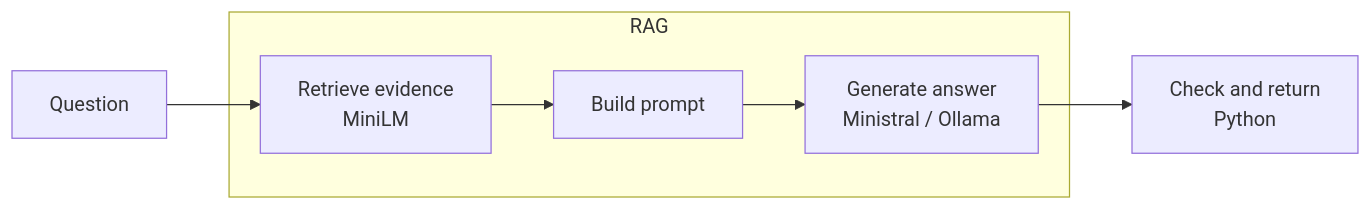
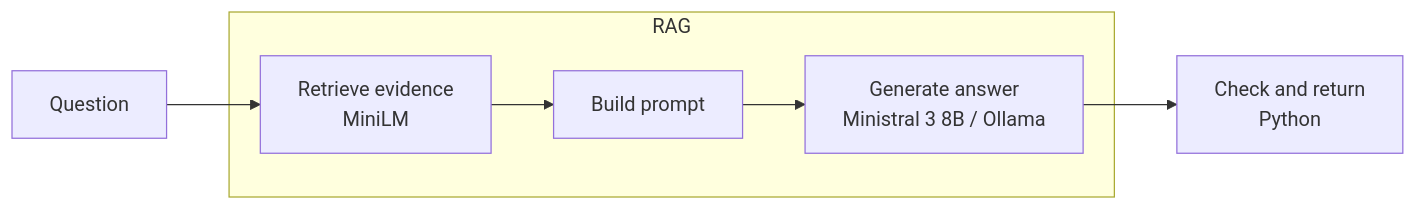
Before and after one commit to Kongstad/planetary-scanner: the second of 2 diagrams in README.md, drawn with Mermaid. The commit also changed other lines of this file and 4 other files, not shown here.

````diff
--- a/README.md
+++ b/README.md
@@ -86,13 +86,13 @@
 ```mermaid
 flowchart LR
     Question[Question] --> Retrieve
 
     subgraph RAG[RAG]
         Retrieve[Retrieve evidence<br/>MiniLM]
         Prompt[Build prompt]
-        Generate[Generate answer<br/>Ministral / Ollama]
+        Generate[Generate answer<br/>Ministral 3 8B / Ollama]
         Retrieve --> Prompt --> Generate
     end
 
     Generate --> Check[Check and return<br/>Python]
 ```
````
